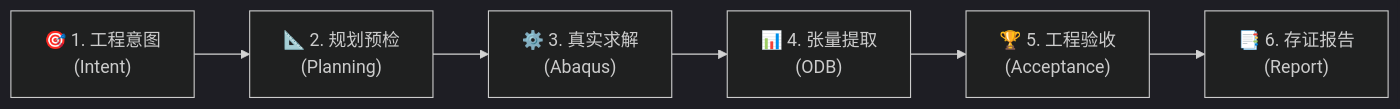
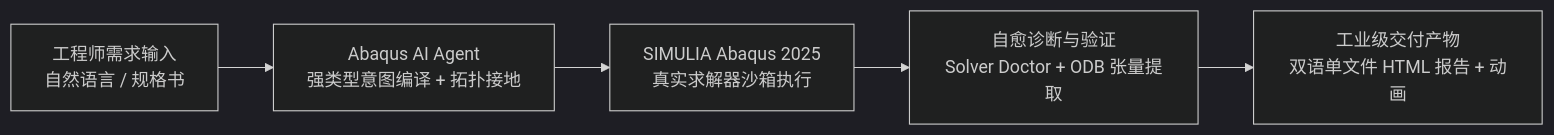
The first of 2 diagrams in README_CN.md (chenlei-gh/Abaqus-AI-Agent), drawn with Mermaid (dark theme) before and after one commit. The commit also changed other lines of this file and 17 other files, not shown here.

````diff
--- a/README_CN.md
+++ b/README_CN.md
@@ -149,8 +31,7 @@
 ```mermaid
-flowchart LR
-    A["🎯 1. 工程意图<br>(Intent)"] --> B["📐 2. 规划预检<br>(Planning)"]
-    B --> C["⚙️ 3. 真实求解<br>(Abaqus)"]
-    C --> D["📊 4. 张量提取<br>(ODB)"]
-    D --> E["🏆 5. 工程验收<br>(Acceptance)"]
-    E --> F["📑 6. 存证报告<br>(Report)"]
+graph LR
+    A[工程师需求输入<br>自然语言 / 规格书] --> B[Abaqus AI Agent<br>强类型意图编译 + 拓扑接地]
+    B --> C[SIMULIA Abaqus 2025<br>真实求解器沙箱执行]
+    C --> D[自愈诊断与验证<br>Solver Doctor + ODB 张量提取]
+    D --> E[工业级交付产物<br>双语单文件 HTML 报告 + 动画]
 ```
````
